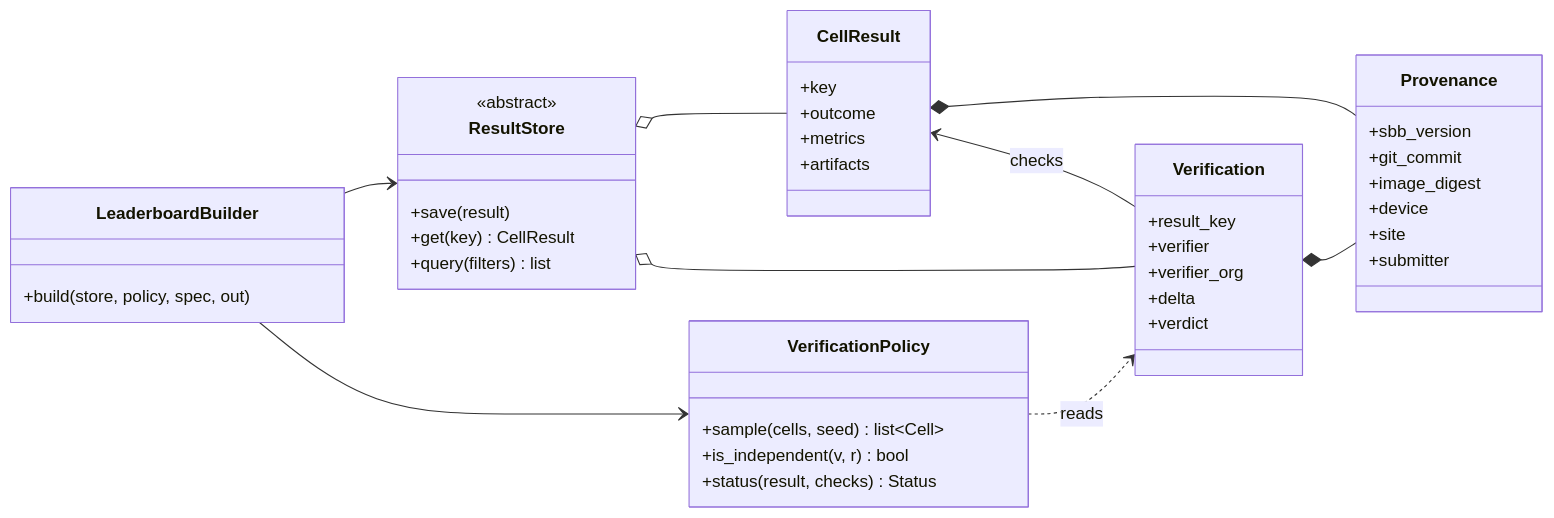
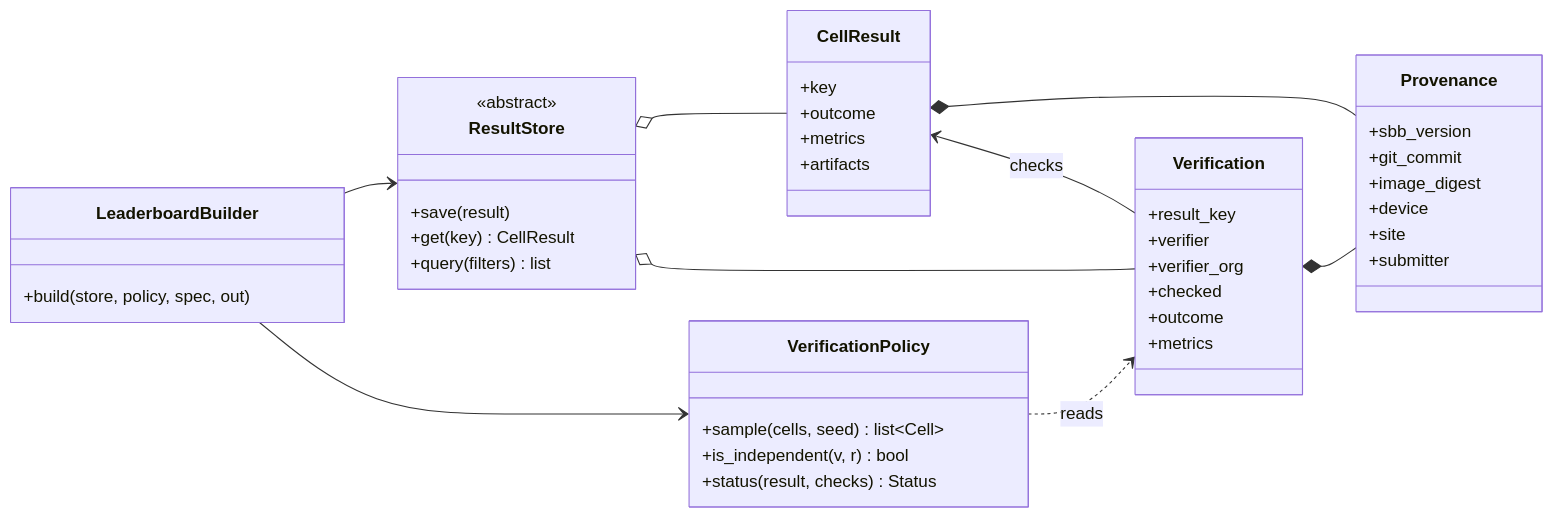
Before and after one commit to GorkaAbad/SNN-Backdoor-Benchmark: the fifth of 7 diagrams in docs/PLAN.md, drawn with Mermaid. The commit also changed other lines of this file and 433 other files, not shown here.

````diff
--- a/docs/PLAN.md
+++ b/docs/PLAN.md
@@ -491,47 +491,48 @@
 ```mermaid
 classDiagram
 direction LR
 class CellResult {
   +key
   +outcome
   +metrics
   +artifacts
 }
 class Provenance {
   +sbb_version
   +git_commit
   +image_digest
   +device
   +site
   +submitter
 }
 class Verification {
   +result_key
   +verifier
   +verifier_org
-  +delta
-  +verdict
+  +checked
+  +outcome
+  +metrics
 }
 class ResultStore {
   <<abstract>>
   +save(result)
   +get(key) CellResult
   +query(filters) list
 }
 class VerificationPolicy {
   +sample(cells, seed) list~Cell~
   +is_independent(v, r) bool
   +status(result, checks) Status
 }
 class LeaderboardBuilder {
   +build(store, policy, spec, out)
 }
 CellResult *-- Provenance
 Verification *-- Provenance
 CellResult <-- Verification : checks
 ResultStore o-- CellResult
 ResultStore o-- Verification
 VerificationPolicy ..> Verification : reads
 LeaderboardBuilder --> ResultStore
 LeaderboardBuilder --> VerificationPolicy
 ```
````
